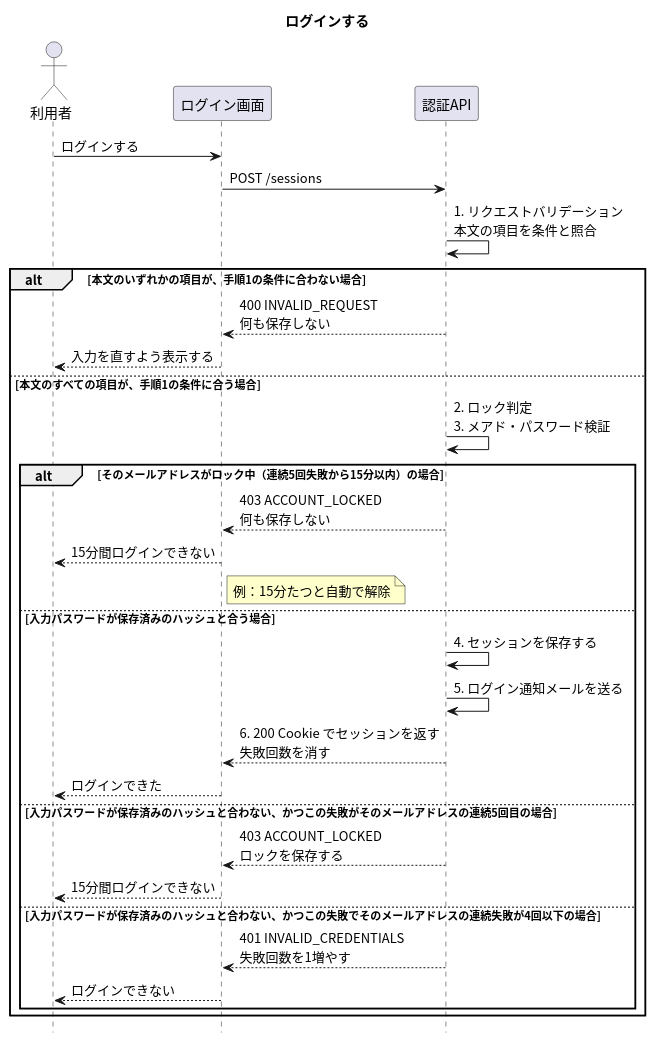
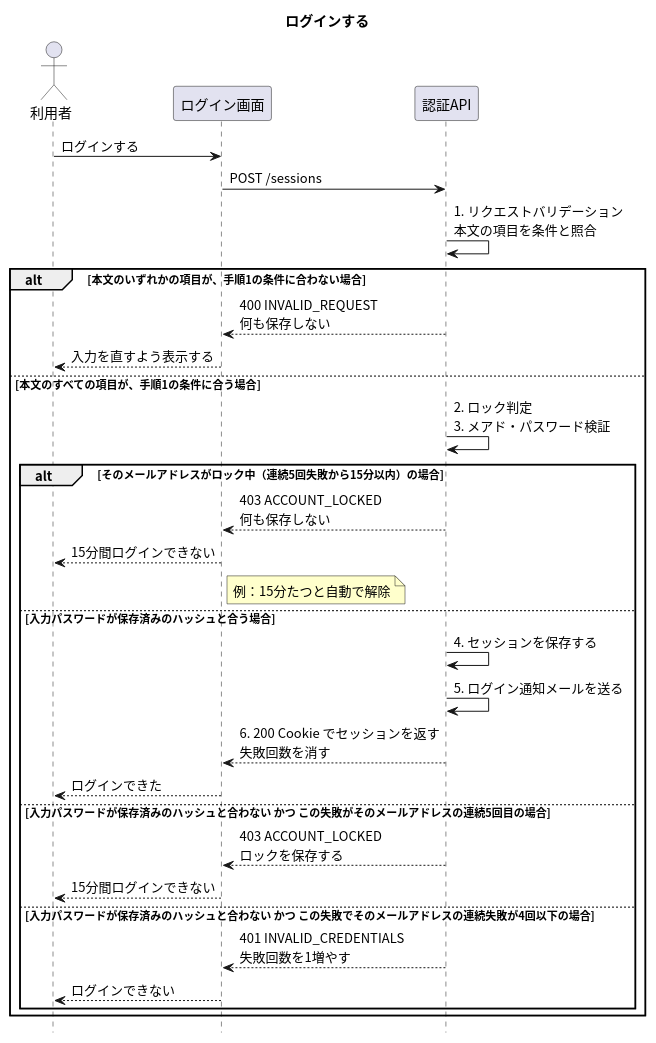
The diagram in apis/login/入口.puml (masamasamasato/design-doc-template), drawn with PlantUML before and after one commit. The commit also changed 8 other files, not shown here.

```diff
--- a/apis/login/入口.puml
+++ b/apis/login/入口.puml
@@ -1,39 +1,39 @@
 @startuml
 skinparam shadowing false
 skinparam defaultFontName "Noto Sans CJK JP"
 skinparam SequenceFontName "Noto Sans CJK JP"
 skinparam NoteBackgroundColor #FFFFCC
 hide footbox
 
 title ログインする
 
 actor "利用者" as User
 participant "ログイン画面" as Screen
 participant "認証API" as API
 
 User -> Screen : ログインする
 Screen -> API : POST /sessions
 API -> API : 1. リクエストバリデーション\n本文の項目を条件と照合
 alt 本文のいずれかの項目が、手順1の条件に合わない場合
   API --> Screen : 400 INVALID_REQUEST\n何も保存しない
   Screen --> User : 入力を直すよう表示する
 else 本文のすべての項目が、手順1の条件に合う場合
   API -> API : 2. ロック判定\n3. メアド・パスワード検証
   alt そのメールアドレスがロック中（連続5回失敗から15分以内）の場合
     API --> Screen : 403 ACCOUNT_LOCKED\n何も保存しない
     Screen --> User : 15分間ログインできない
     note right of Screen : 例：15分たつと自動で解除
   else 入力パスワードが保存済みのハッシュと合う場合
     API -> API : 4. セッションを保存する
     API -> API : 5. ログイン通知メールを送る
     API --> Screen : 6. 200 Cookie でセッションを返す\n失敗回数を消す
     Screen --> User : ログインできた
-  else 入力パスワードが保存済みのハッシュと合わない、かつこの失敗がそのメールアドレスの連続5回目の場合
+  else 入力パスワードが保存済みのハッシュと合わない かつ この失敗がそのメールアドレスの連続5回目の場合
     API --> Screen : 403 ACCOUNT_LOCKED\nロックを保存する
     Screen --> User : 15分間ログインできない
-  else 入力パスワードが保存済みのハッシュと合わない、かつこの失敗でそのメールアドレスの連続失敗が4回以下の場合
+  else 入力パスワードが保存済みのハッシュと合わない かつ この失敗でそのメールアドレスの連続失敗が4回以下の場合
     API --> Screen : 401 INVALID_CREDENTIALS\n失敗回数を1増やす
     Screen --> User : ログインできない
   end
 end
 @enduml
```
